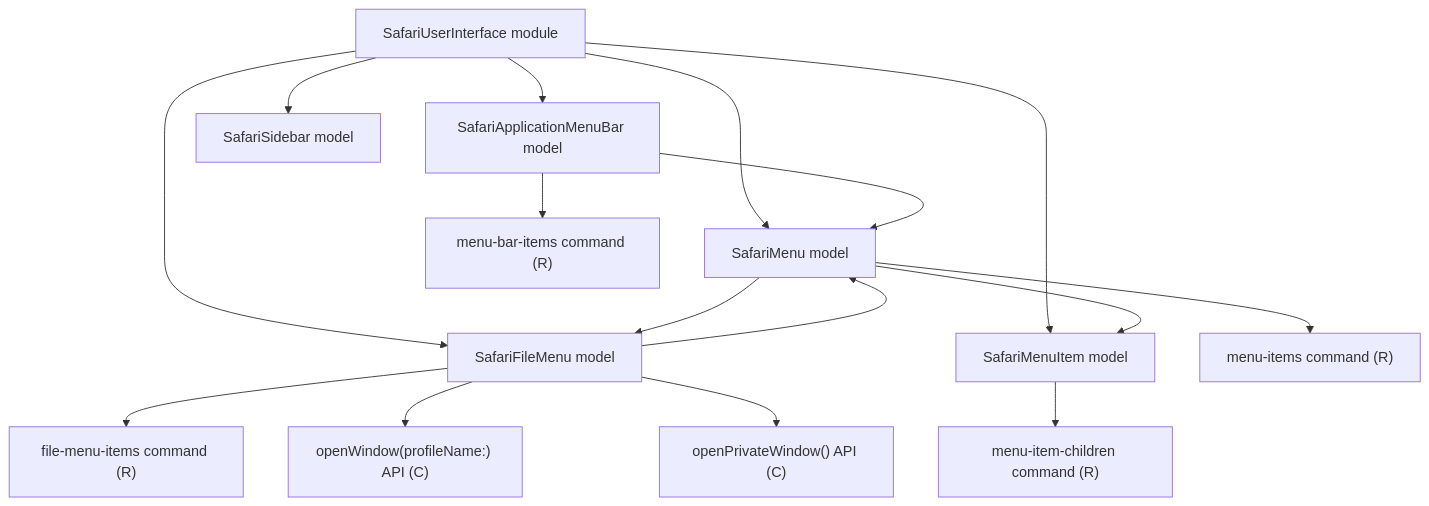
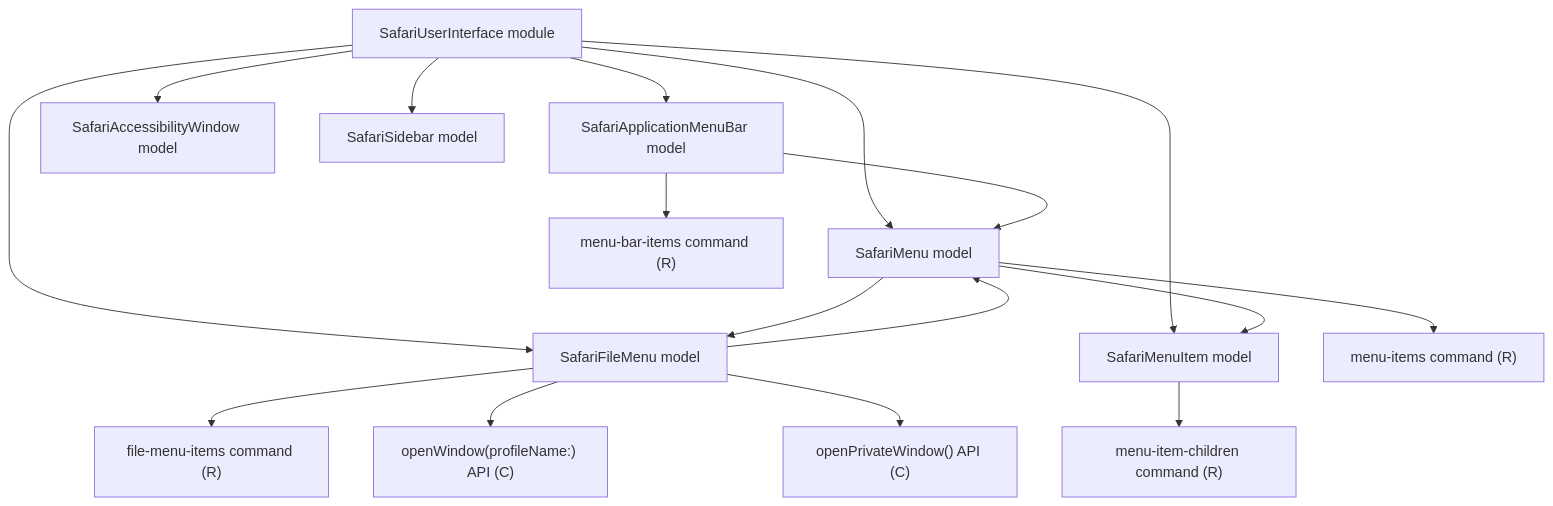
The diagram in docs/safari-user-interface-models.md (Glutexo/computer-automation), drawn with Mermaid before and after one commit. The commit also changed other lines of this file and 11 other files, not shown here.

Commit message:
Verify Safari window closure through Accessibility

````diff
--- a/docs/safari-user-interface-models.md
+++ b/docs/safari-user-interface-models.md
@@ -32,31 +34,33 @@
 ```mermaid
 flowchart TD
     SafariUI["SafariUserInterface module"]
     SafariMenuBar["SafariApplicationMenuBar model"]
+    SafariAccessibilityWindow["SafariAccessibilityWindow model"]
     SafariSidebar["SafariSidebar model"]
     SafariMenu["SafariMenu model"]
     SafariFileMenu["SafariFileMenu model"]
     SafariMenuItem["SafariMenuItem model"]
     MenuBarItems["menu-bar-items command (R)"]
     MenuItems["menu-items command (R)"]
     FileMenuItems["file-menu-items command (R)"]
     MenuItemChildren["menu-item-children command (R)"]
     OpenWindow["openWindow(profileName:) API (C)"]
     OpenPrivateWindow["openPrivateWindow() API (C)"]
 
     SafariUI --> SafariMenuBar
+    SafariUI --> SafariAccessibilityWindow
     SafariUI --> SafariSidebar
     SafariUI --> SafariMenu
     SafariUI --> SafariFileMenu
     SafariUI --> SafariMenuItem
     SafariMenuBar --> SafariMenu
     SafariMenu --> MenuItems
     SafariMenu --> SafariFileMenu
     SafariMenuBar --> MenuBarItems
     SafariFileMenu --> SafariMenu
     SafariFileMenu --> FileMenuItems
     SafariFileMenu --> OpenWindow
     SafariFileMenu --> OpenPrivateWindow
     SafariMenu --> SafariMenuItem
     SafariMenuItem --> MenuItemChildren
 ```
````
